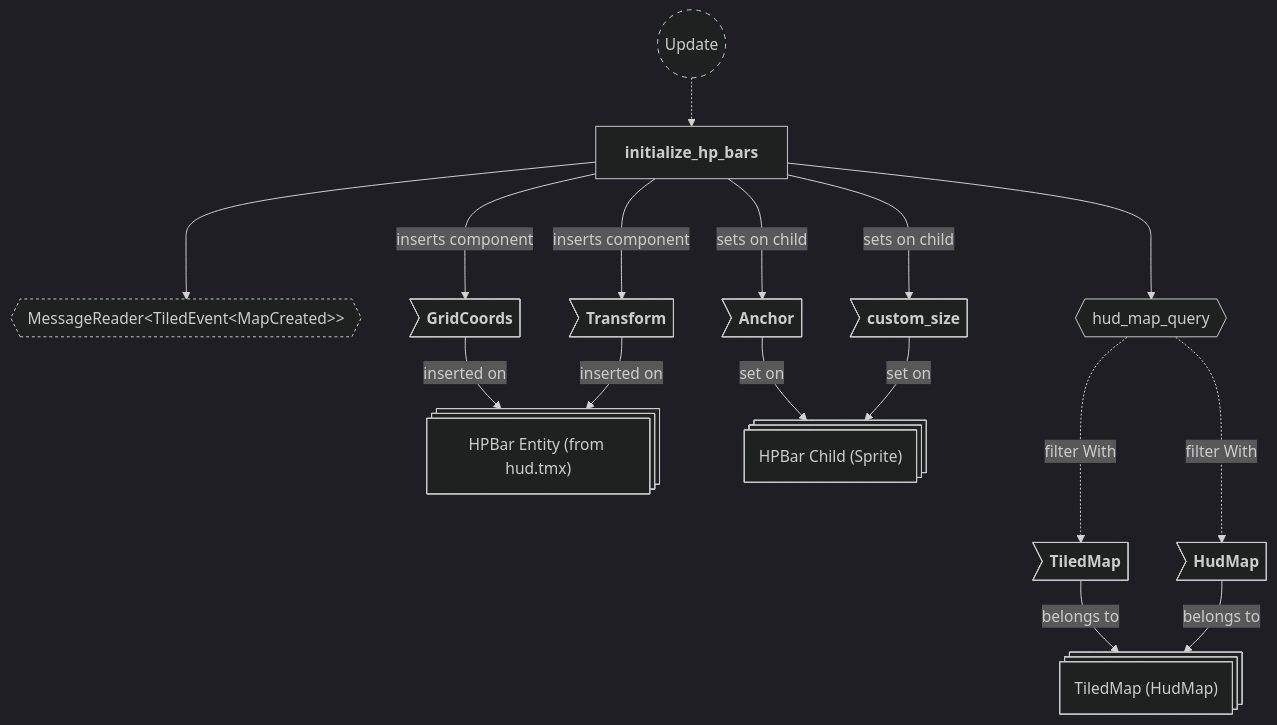
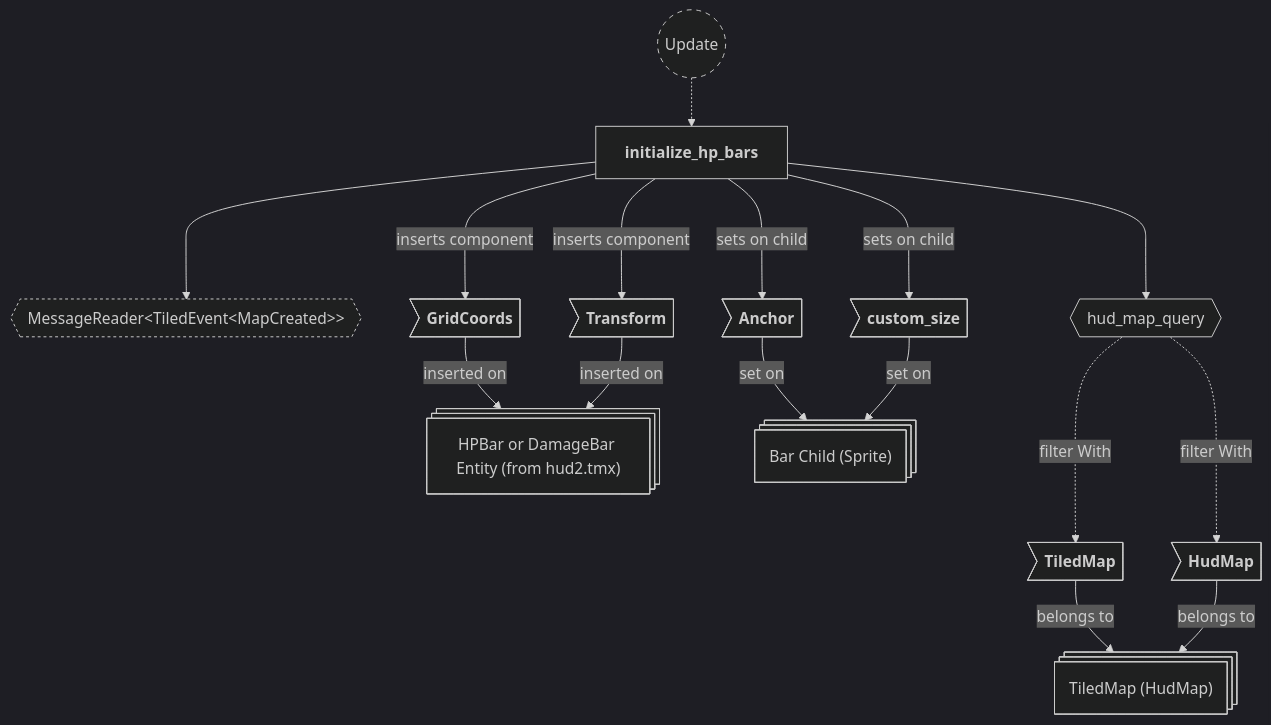
Before and after one commit to neurosoup/tyled: diagram 11 of 11 in backlog/docs/doc-3 - 001-Maps-plugin.md, drawn with Mermaid. The commit also changed other lines of this file and 2 other files, not shown here.

First line of the commit message:
Update Maps/HUD/Config plugin docs for the DamageBar wiring

````diff
--- a/backlog/docs/doc-3 - 001-Maps-plugin.md
+++ b/backlog/docs/doc-3 - 001-Maps-plugin.md
@@ -424,45 +467,45 @@
 ```mermaid
 ---
 config:
   theme: dark
 ---
 
 flowchart TD
 classDef system-group stroke-dasharray: 5 5
 classDef reader stroke-dasharray: 3 3
 
 update(("`Update`")):::system-group
 initialize_hp_bars["`**initialize_hp_bars**`"]
 
 update -.-> initialize_hp_bars
 
 message_reader{{"MessageReader#60;TiledEvent#60;MapCreated#62;#62;"}}:::reader
 initialize_hp_bars ---> message_reader
 
 hud_map_query{{"`hud_map_query`"}}:::query
 initialize_hp_bars ---> hud_map_query
 
 hud_map_entity@{ shape: st-rect, label: "TiledMap (HudMap)" }
 hm_tiled_map>"`**TiledMap**`"] --> |belongs to| hud_map_entity
 hm_hud_map>"`**HudMap**`"] --> |belongs to| hud_map_entity
 hud_map_query -..-> |filter With| hm_tiled_map
 hud_map_query -..-> |filter With| hm_hud_map
 
-hp_bar_entity@{ shape: st-rect, label: "HPBar Entity (from hud.tmx)" }
-hp_bar_child@{ shape: st-rect, label: "HPBar Child (Sprite)" }
+hp_bar_entity@{ shape: st-rect, label: "HPBar or DamageBar Entity (from hud2.tmx)" }
+hp_bar_child@{ shape: st-rect, label: "Bar Child (Sprite)" }
 
 hb_grid_coords>"`**GridCoords**`"]
 hb_transform>"`**Transform**`"]
 hbc_anchor>"`**Anchor**`"]
 hbc_custom_size>"`**custom_size**`"]
 
 hb_grid_coords --> |inserted on| hp_bar_entity
 hb_transform --> |inserted on| hp_bar_entity
 hbc_anchor --> |set on| hp_bar_child
 hbc_custom_size --> |set on| hp_bar_child
 
 initialize_hp_bars ---> |inserts component| hb_grid_coords
 initialize_hp_bars ---> |inserts component| hb_transform
 initialize_hp_bars ---> |sets on child| hbc_anchor
 initialize_hp_bars ---> |sets on child| hbc_custom_size
 ```
````
